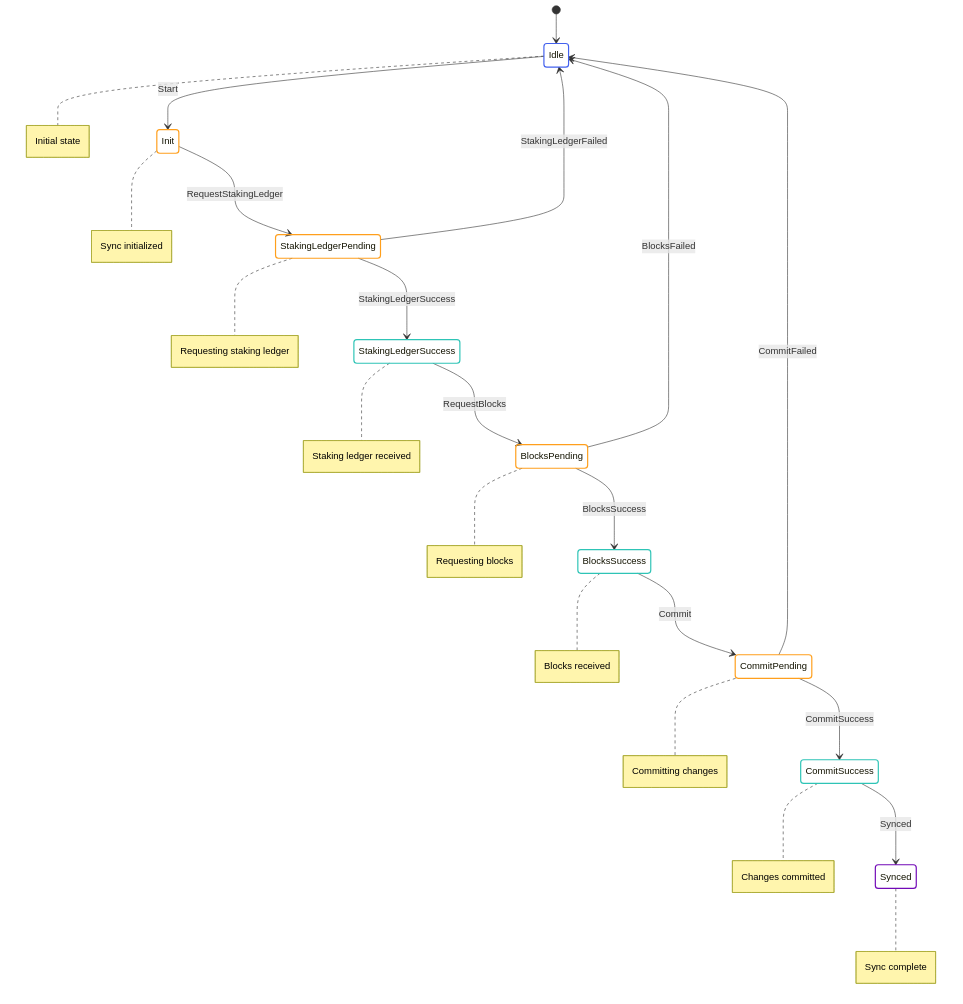
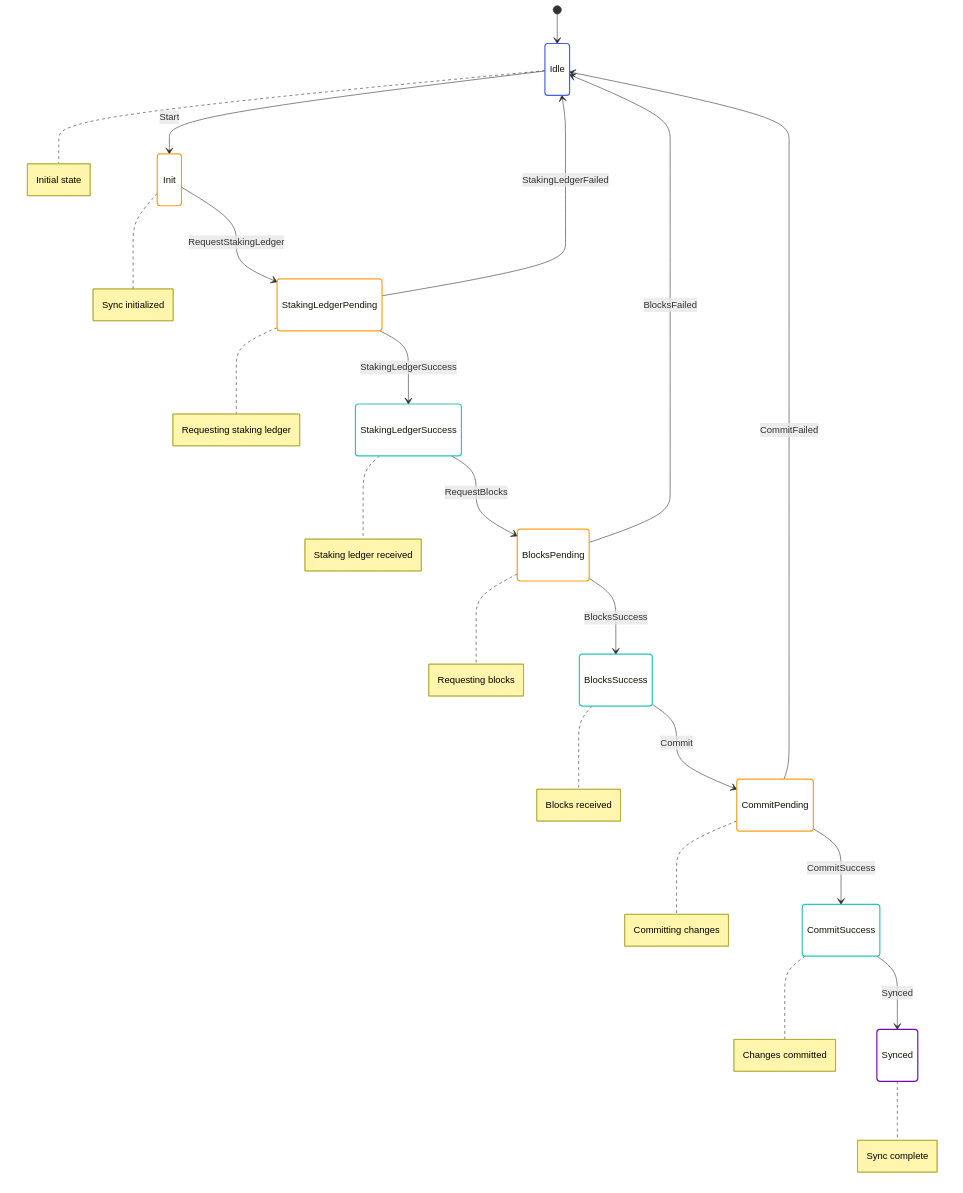
Before and after one commit to openmina/openmina: the diagram in llm-docs-v2/components/transition-frontier/sync-state-machine.md, drawn with Mermaid. The commit also changed other lines of this file and 11 other files, not shown here.

````diff
--- a/llm-docs-v2/components/transition-frontier/sync-state-machine.md
+++ b/llm-docs-v2/components/transition-frontier/sync-state-machine.md
@@ -7,37 +7,37 @@
 ```mermaid
 stateDiagram-v2
     [*] --> Idle
     Idle --> Init: Start
     Init --> StakingLedgerPending: RequestStakingLedger
     StakingLedgerPending --> StakingLedgerSuccess: StakingLedgerSuccess
     StakingLedgerPending --> Idle: StakingLedgerFailed
     StakingLedgerSuccess --> BlocksPending: RequestBlocks
     BlocksPending --> BlocksSuccess: BlocksSuccess
     BlocksPending --> Idle: BlocksFailed
     BlocksSuccess --> CommitPending: Commit
     CommitPending --> CommitSuccess: CommitSuccess
     CommitPending --> Idle: CommitFailed
     CommitSuccess --> Synced: Synced
-    
+
     note right of Idle: Initial state
     note right of Init: Sync initialized
     note right of StakingLedgerPending: Requesting staking ledger
     note right of StakingLedgerSuccess: Staking ledger received
     note right of BlocksPending: Requesting blocks
     note right of BlocksSuccess: Blocks received
     note right of CommitPending: Committing changes
     note right of CommitSuccess: Changes committed
     note right of Synced: Sync complete
-    
-    classDef idleState stroke:#4361ee,stroke-width:2px,fill:none;
-    classDef initState stroke:#ff9f1c,stroke-width:2px,fill:none;
-    classDef pendingState stroke:#ff9f1c,stroke-width:2px,fill:none;
-    classDef successState stroke:#2ec4b6,stroke-width:2px,fill:none;
-    classDef syncedState stroke:#7209b7,stroke-width:2px,fill:none;
-    
+
+    classDef idleState stroke:#4361ee,stroke-width:2px,fill:none,padding:15px,margin:10px;
+    classDef initState stroke:#ff9f1c,stroke-width:2px,fill:none,padding:15px,margin:10px;
+    classDef pendingState stroke:#ff9f1c,stroke-width:2px,fill:none,padding:15px,margin:10px;
+    classDef successState stroke:#2ec4b6,stroke-width:2px,fill:none,padding:15px,margin:10px;
+    classDef syncedState stroke:#7209b7,stroke-width:2px,fill:none,padding:15px,margin:10px;
+
     class Idle idleState
     class Init initState
     class StakingLedgerPending,BlocksPending,CommitPending pendingState
     class StakingLedgerSuccess,BlocksSuccess,CommitSuccess successState
     class Synced syncedState
 ```
````
